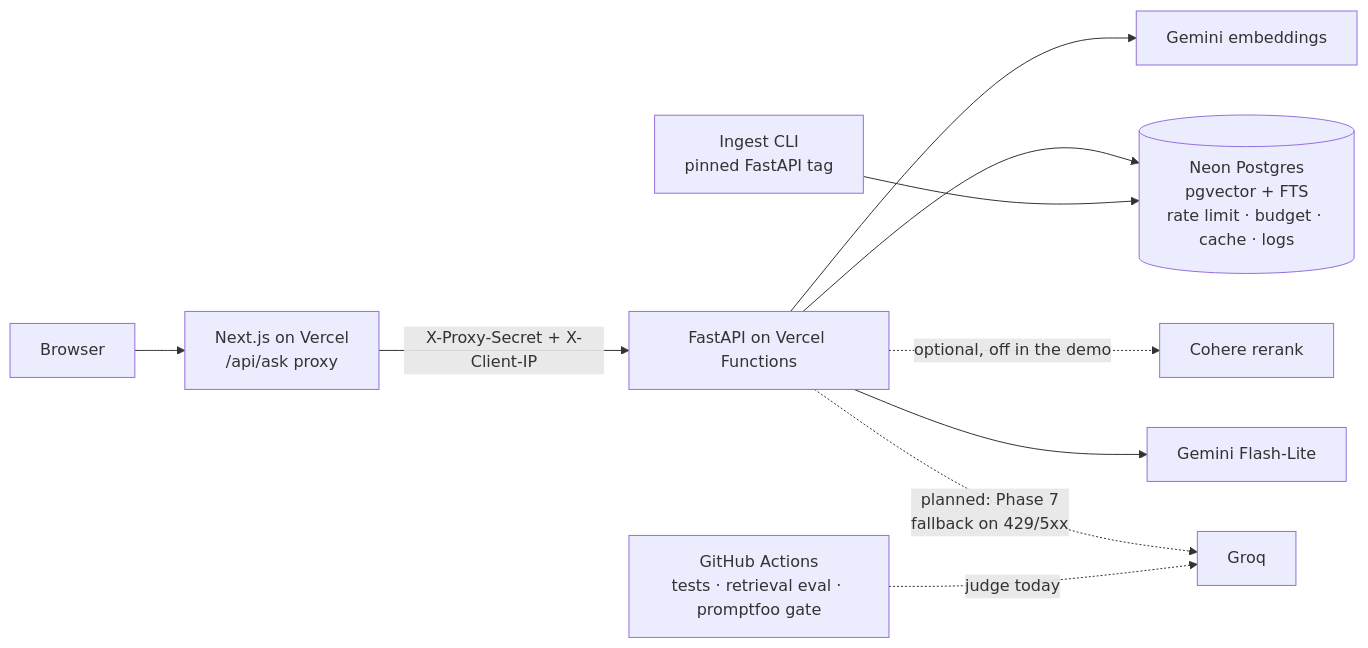
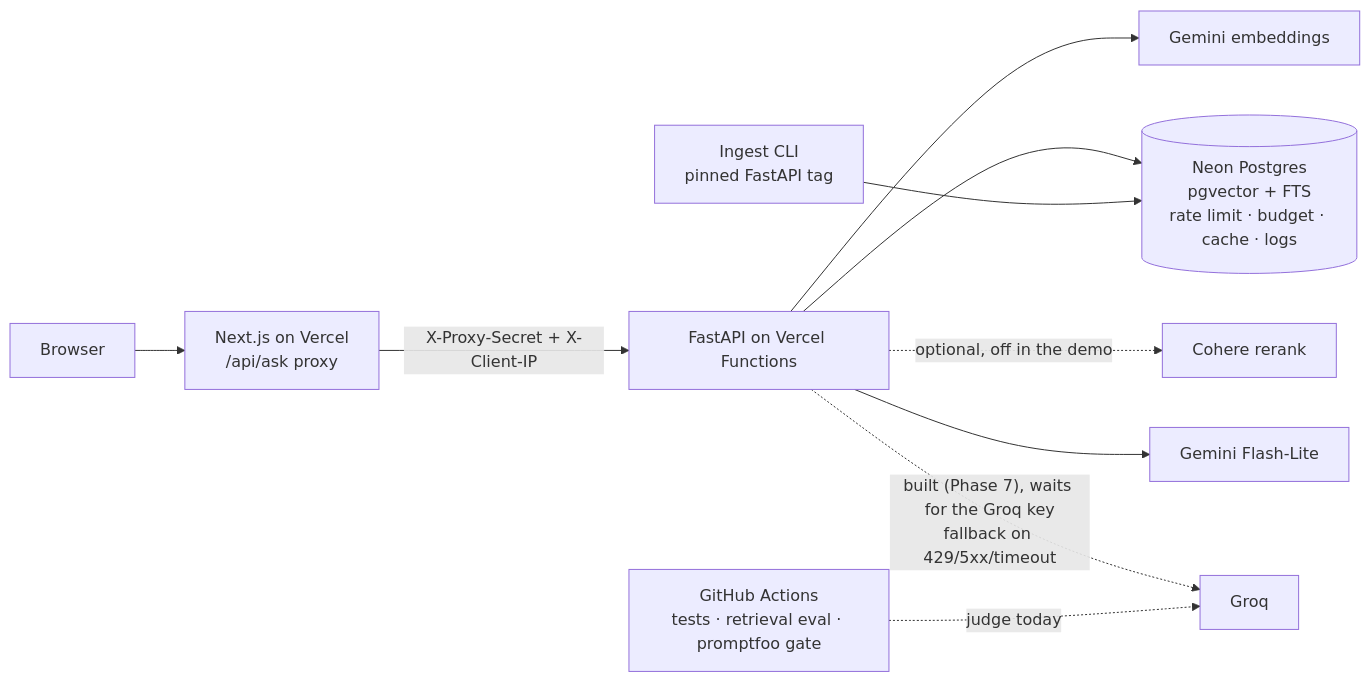
One commit to Niksa1101/grounded changed the diagram in README.md. Above: the diagram before and after it, drawn with Mermaid. The commit also changed other lines of this file and 12 other files, not shown here.

Commit message:
feat: fallback demo command and Phase 7 closeout (7.04b) (#128)

````diff
--- a/README.md
+++ b/README.md
@@ -58,12 +58,12 @@
 ```mermaid
 flowchart LR
     U[Browser] --> FE[Next.js on Vercel<br/>/api/ask proxy]
     FE -- "X-Proxy-Secret + X-Client-IP" --> API[FastAPI on Vercel Functions]
     API --> EMB[Gemini embeddings]
     API --> DB[(Neon Postgres<br/>pgvector + FTS<br/>rate limit · budget · cache · logs)]
     API -. "optional, off in the demo" .-> RR[Cohere rerank]
     API --> LLM[Gemini Flash-Lite]
-    API -. "planned: Phase 7<br/>fallback on 429/5xx" .-> LLM2[Groq]
+    API -. "built (Phase 7), waits for the Groq key<br/>fallback on 429/5xx/timeout" .-> LLM2[Groq]
     ING[Ingest CLI<br/>pinned FastAPI tag] --> DB
     CI[GitHub Actions<br/>tests · retrieval eval · promptfoo gate] -. "judge today" .-> LLM2
 ```
````
